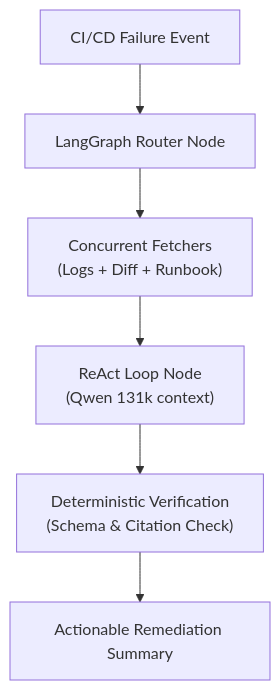
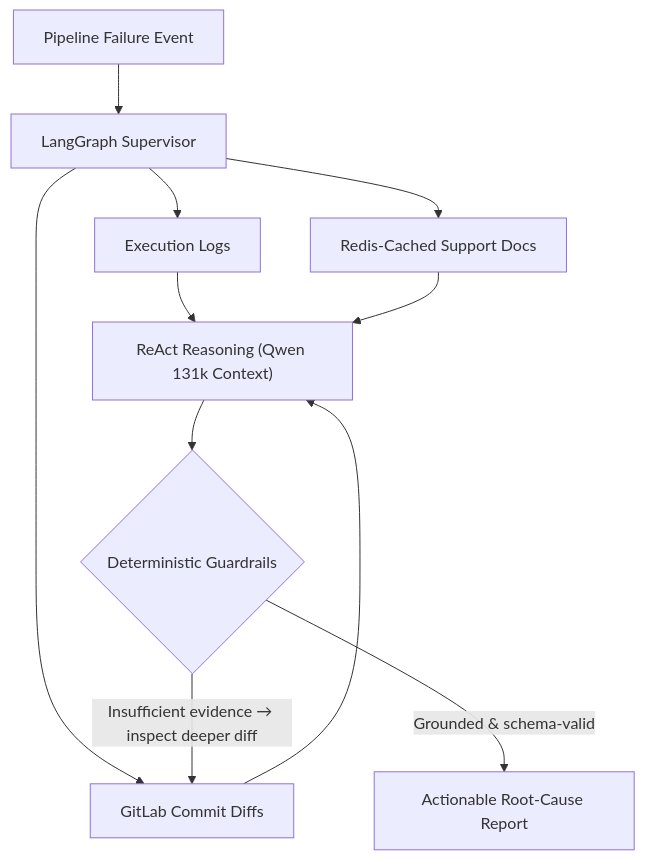
One commit to oredondo/oredondo.github.io changed the diagram in docs/blog/posts/2026-03-10-agentic-cicd-diagnostics-langgraph.md. Above: the diagram before and after it, drawn with Mermaid. The commit also changed other lines of this file and 30 other files, not shown here.

````diff
--- a/docs/blog/posts/2026-03-10-agentic-cicd-diagnostics-langgraph.md
+++ b/docs/blog/posts/2026-03-10-agentic-cicd-diagnostics-langgraph.md
@@ -34,8 +42,11 @@
 ```mermaid
 flowchart TD
-    BuildFail["CI/CD Failure Event"] --> AgentRouter["LangGraph Router Node"]
-    AgentRouter --> ParallelData["Concurrent Fetchers<br/>(Logs + Diff + Runbook)"]
-    ParallelData --> Reasoner["ReAct Loop Node<br/>(Qwen 131k context)"]
-    Reasoner --> GuardrailCheck["Deterministic Verification<br/>(Schema & Citation Check)"]
-    GuardrailCheck --> Output["Actionable Remediation Summary"]
+    Event["Pipeline Failure Event"] --> Supervisor["LangGraph Supervisor"]
+    Supervisor --> Logs["Execution Logs"]
+    Supervisor --> Docs["Redis-Cached Support Docs"]
+    Supervisor --> Diffs["GitLab Commit Diffs"]
+    Logs & Docs & Diffs --> ReAct["ReAct Reasoning (Qwen 131k Context)"]
+    ReAct --> Gate{"Deterministic Guardrails"}
+    Gate -- "Insufficient evidence → inspect deeper diff" --> Diffs
+    Gate -- "Grounded & schema-valid" --> Diagnosis["Actionable Root-Cause Report"]
 ```
````
